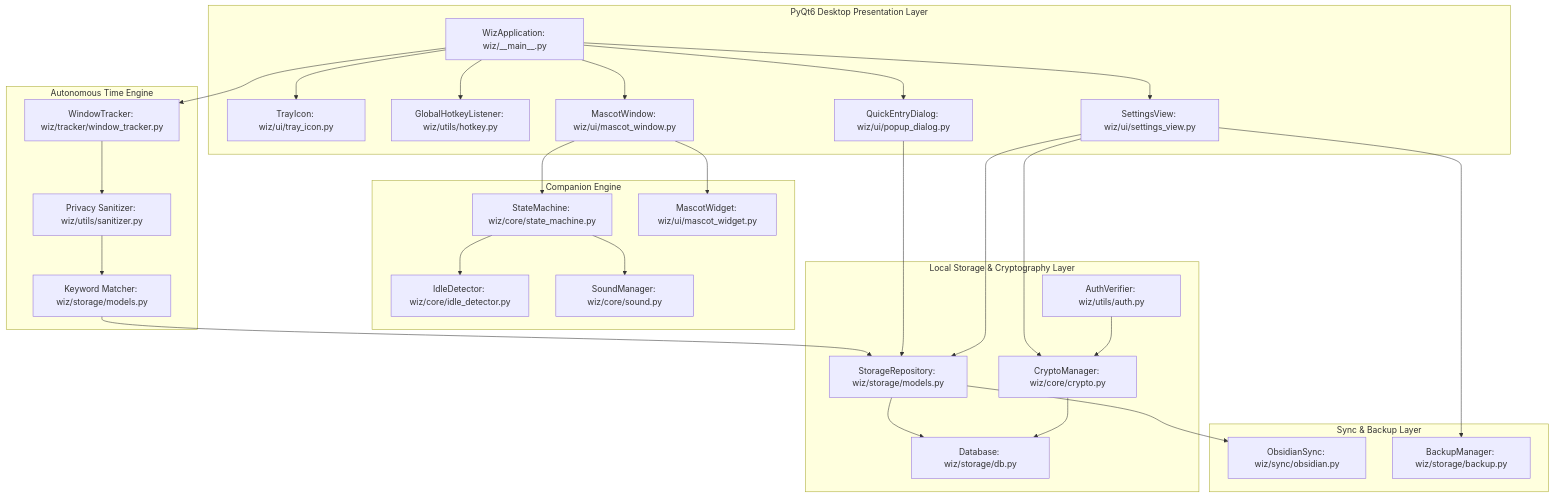
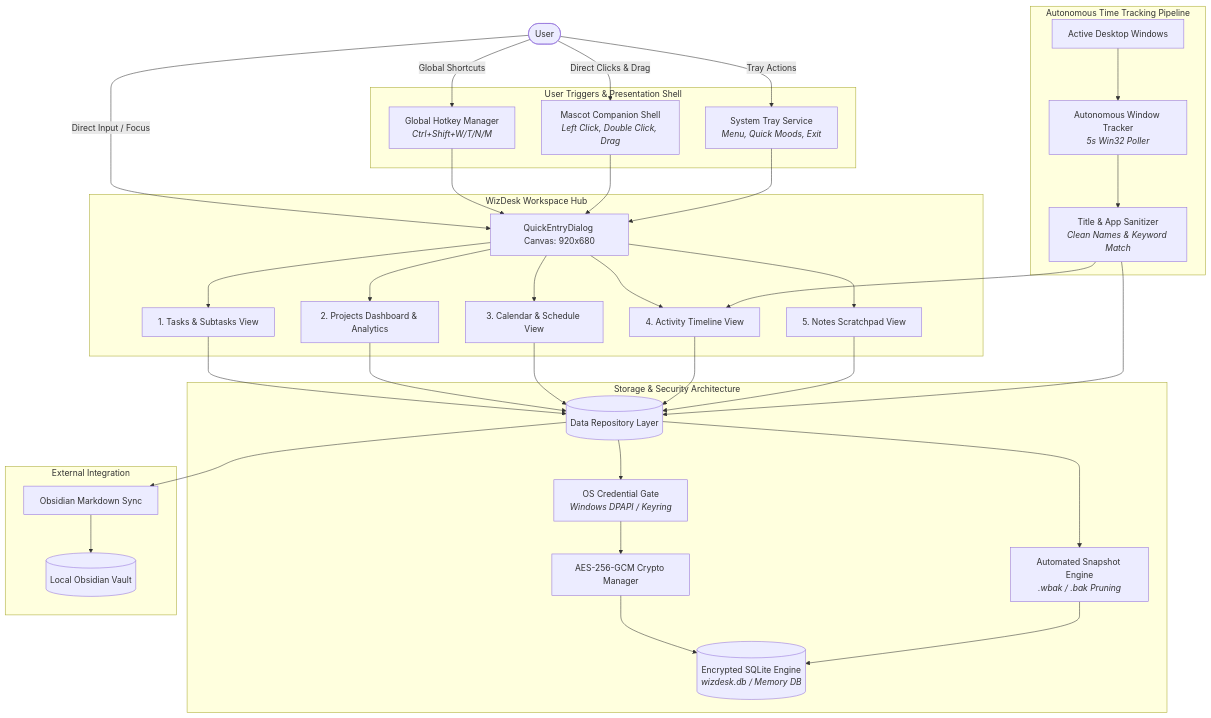
One commit to Lukog10/WizDesk changed the diagram in docs/CODEBASE_ARCHITECTURE.md. Above: the diagram before and after it, drawn with Mermaid. The commit also changed other lines of this file and 6 other files, not shown here.

Commit message:
Update hero banner with authentic WizDesk logo and align system design architecture

````diff
--- a/docs/CODEBASE_ARCHITECTURE.md
+++ b/docs/CODEBASE_ARCHITECTURE.md
@@ -11,63 +11,73 @@
 ```mermaid
 graph TD
-    subgraph UI_Shell [PyQt6 Desktop Presentation Layer]
-        APP[WizApplication: wiz/__main__.py]
-        TRAY[TrayIcon: wiz/ui/tray_icon.py]
-        HOTKEY[GlobalHotkeyListener: wiz/utils/hotkey.py]
-        MASCOT[MascotWindow: wiz/ui/mascot_window.py]
-        WORKSPACE[QuickEntryDialog: wiz/ui/popup_dialog.py]
-        SETTINGS[SettingsView: wiz/ui/settings_view.py]
+    USER([User])
+
+    subgraph Triggers [User Triggers & Presentation Shell]
+        HOTKEYS[Global Hotkey Manager<br><i>Ctrl+Shift+W/T/N/M</i>]
+        MASCOT[Mascot Companion Shell<br><i>Left Click, Double Click, Drag</i>]
+        TRAY[System Tray Service<br><i>Menu, Quick Moods, Exit</i>]
     end
 
-    subgraph Companion_Subsystem [Companion Engine]
-        SM[StateMachine: wiz/core/state_machine.py]
-        IDLE[IdleDetector: wiz/core/idle_detector.py]
-        AUDIO[SoundManager: wiz/core/sound.py]
-        WIDGET[MascotWidget: wiz/ui/mascot_widget.py]
+    subgraph Hub [WizDesk Workspace Hub]
+        WORKSPACE[QuickEntryDialog Canvas: 920x680]
+        VIEW_TASKS[1. Tasks & Subtasks View]
+        VIEW_DASH[2. Projects Dashboard & Analytics]
+        VIEW_CAL[3. Calendar & Schedule View]
+        VIEW_TIMELINE[4. Activity Timeline View]
+        VIEW_NOTES[5. Notes Scratchpad View]
     end
 
-    subgraph Tracking_Subsystem [Autonomous Time Engine]
-        TRACKER[WindowTracker: wiz/tracker/window_tracker.py]
-        SANITIZER[Privacy Sanitizer: wiz/utils/sanitizer.py]
-        RULES[Keyword Matcher: wiz/storage/models.py]
+    subgraph Tracking_Pipeline [Autonomous Time Tracking Pipeline]
+        ACTIVE_WIN[Active Desktop Windows]
+        POLLER[Autonomous Window Tracker<br><i>5s Win32 Poller</i>]
+        SANITIZER[Title & App Sanitizer<br><i>Clean Names & Keyword Match</i>]
     end
 
-    subgraph Storage_Security [Local Storage & Cryptography Layer]
-        REPO[StorageRepository: wiz/storage/models.py]
-        DB[Database: wiz/storage/db.py]
-        CRYPTO[CryptoManager: wiz/core/crypto.py]
-        AUTH[AuthVerifier: wiz/utils/auth.py]
+    subgraph Storage_Pipeline [Storage & Security Architecture]
+        REPO[(Data Repository Layer)]
+        GATE[OS Credential Gate<br><i>Windows DPAPI / Keyring</i>]
+        CRYPTO[AES-256-GCM Crypto Manager]
+        SQLITE[(Encrypted SQLite Engine<br><i>wizdesk.db / Memory DB</i>)]
+        BACKUP[Automated Snapshot Engine<br><i>.wbak / .bak Pruning</i>]
     end
 
-    subgraph Integrations_Subsystem [Sync & Backup Layer]
-        OBSIDIAN[ObsidianSync: wiz/sync/obsidian.py]
-        BACKUP[BackupManager: wiz/storage/backup.py]
+    subgraph Sync_Integration [External Integration]
+        OBSIDIAN[Obsidian Markdown Sync]
+        VAULT[(Local Obsidian Vault)]
     end
 
-    APP --> HOTKEY
-    APP --> TRAY
-    APP --> MASCOT
-    APP --> WORKSPACE
-    APP --> SETTINGS
+    USER -->|Global Shortcuts| HOTKEYS
+    USER -->|Direct Clicks & Drag| MASCOT
+    USER -->|Tray Actions| TRAY
+    USER -->|Direct Input / Focus| WORKSPACE
 
-    MASCOT --> SM
-    MASCOT --> WIDGET
-    SM --> IDLE
-    SM --> AUDIO
+    HOTKEYS --> WORKSPACE
+    MASCOT --> WORKSPACE
+    TRAY --> WORKSPACE
 
-    APP --> TRACKER
-    TRACKER --> SANITIZER
-    SANITIZER --> RULES
-    RULES --> REPO
+    WORKSPACE --> VIEW_TASKS
+    WORKSPACE --> VIEW_DASH
+    WORKSPACE --> VIEW_CAL
+    WORKSPACE --> VIEW_TIMELINE
+    WORKSPACE --> VIEW_NOTES
 
-    WORKSPACE --> REPO
-    SETTINGS --> REPO
-    SETTINGS --> CRYPTO
-    SETTINGS --> BACKUP
+    VIEW_TASKS --> REPO
+    VIEW_DASH --> REPO
+    VIEW_CAL --> REPO
+    VIEW_TIMELINE --> REPO
+    VIEW_NOTES --> REPO
 
-    REPO --> DB
-    CRYPTO --> DB
-    AUTH --> CRYPTO
+    ACTIVE_WIN --> POLLER
+    POLLER --> SANITIZER
+    SANITIZER --> VIEW_TIMELINE
+    SANITIZER --> REPO
+
+    REPO --> GATE
+    GATE --> CRYPTO
+    CRYPTO --> SQLITE
+    REPO --> BACKUP
+    BACKUP --> SQLITE
 
     REPO --> OBSIDIAN
+    OBSIDIAN --> VAULT
 ```
````
